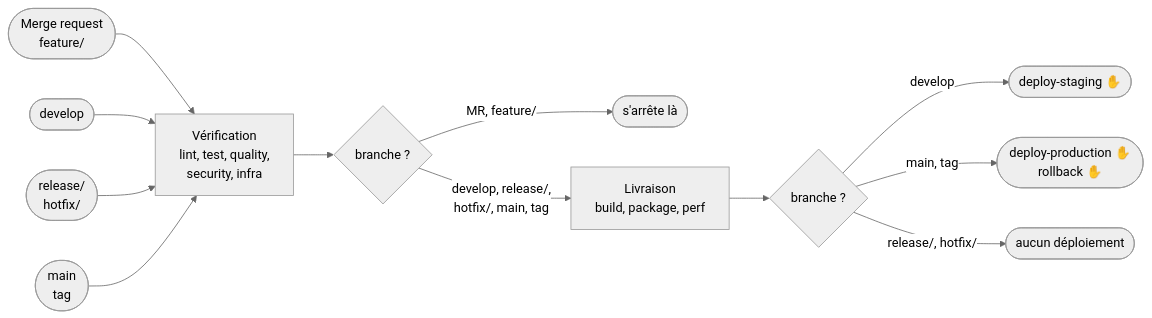
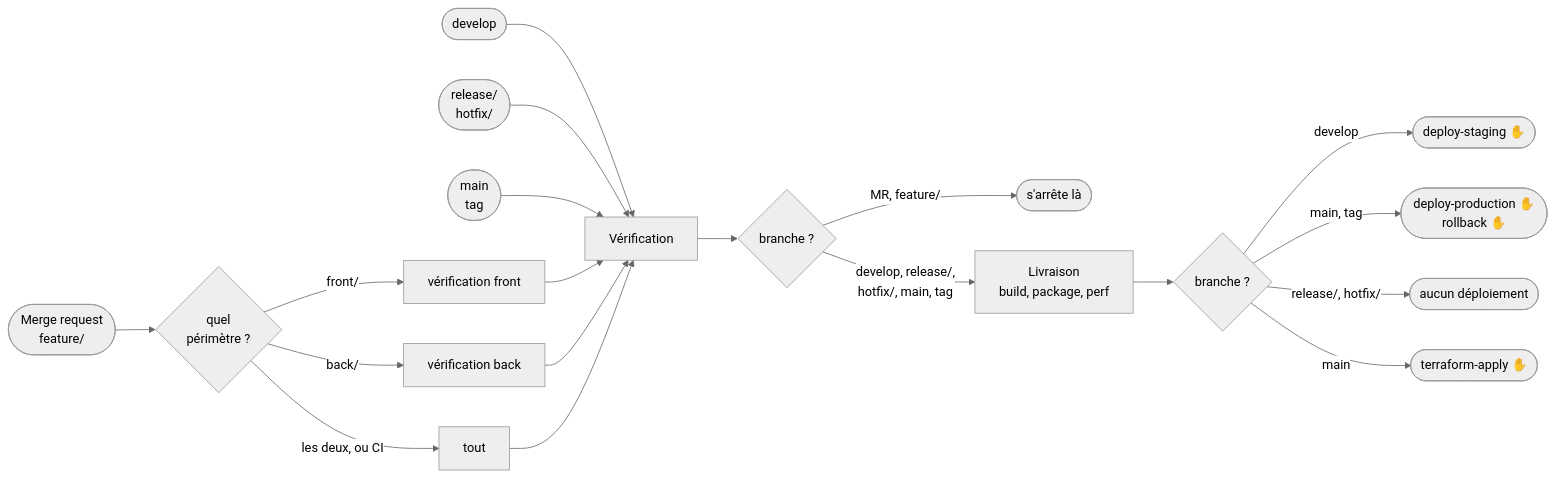
Before and after one commit to TedPasquiet/G-rez-le-cycle-de-vie-de-d-veloppement-logiciel: the diagram in docs/schemas/ci-conditionnel.mmd, drawn with Mermaid (neutral theme). The commit also changed 22 other files, not shown here.

Commit message:
refactor(ci): découpe le pipeline en 13 fichiers et le passe en graphe

```diff
--- a/docs/schemas/ci-conditionnel.mmd
+++ b/docs/schemas/ci-conditionnel.mmd
@@ -1,16 +1,23 @@
-%% Schéma — Le déclenchement conditionnel par branche.
+%% Schéma — Le déclenchement conditionnel par branche et par périmètre.
 %% Source versionnée du bloc Mermaid de docs/pipeline-ci.md §4.
-%% Seuls feature/, release/, hotfix/, develop, main et les tags déclenchent des
-%% jobs. Une branche fix/ ou ci/ ne lance rien.
+%% Le filtrage par périmètre (front/ ou back/) s'arrête à la vérification : les
+%% images étant taguées par SHA, sauter un package produirait un tag inexistant.
 flowchart LR
-    mr(["Merge request<br/>feature/"]) --> V
+    mr(["Merge request<br/>feature/"]) --> F{"quel<br/>périmètre ?"}
+    F -->|"front/"| vf["vérification front"]
+    F -->|"back/"| vb["vérification back"]
+    F -->|"les deux, ou CI"| vt["tout"]
     dev(["develop"]) --> V
     rel(["release/<br/>hotfix/"]) --> V
     main(["main<br/>tag"]) --> V
-    V["Vérification<br/>lint, test, quality,<br/>security, infra"] --> G{"branche ?"}
+    vf --> V["Vérification"]
+    vb --> V
+    vt --> V
+    V --> G{"branche ?"}
     G -->|"MR, feature/"| stop(["s'arrête là"])
     G -->|"develop, release/,<br/>hotfix/, main, tag"| L["Livraison<br/>build, package, perf"]
     L --> H{"branche ?"}
     H -->|"develop"| st(["deploy-staging ✋"])
     H -->|"main, tag"| pr(["deploy-production ✋<br/>rollback ✋"])
     H -->|"release/, hotfix/"| rien(["aucun déploiement"])
+    H -->|"main"| ia(["terraform-apply ✋"])
```
